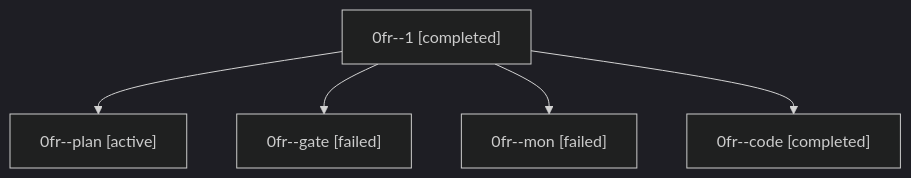
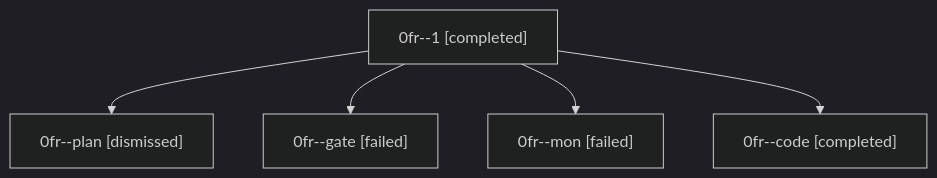
One commit to sase-org/sase--agents changed the diagram in sessions/bbugyi200.athena.0fr.md. Above: the diagram before and after it, drawn with Mermaid (dark theme). The commit also changed other lines of this file and 28 other files, not shown here.

````diff
--- a/sessions/bbugyi200.athena.0fr.md
+++ b/sessions/bbugyi200.athena.0fr.md
@@ -9,12 +9,12 @@
 ```mermaid
 flowchart TD
   n0["0fr--1 [completed]"]
-  n1["0fr--plan [active]"]
+  n1["0fr--plan [dismissed]"]
   n0 --> n1
   n2["0fr--gate [failed]"]
   n0 --> n2
   n3["0fr--mon [failed]"]
   n0 --> n3
   n4["0fr--code [completed]"]
   n0 --> n4
 ```
````
